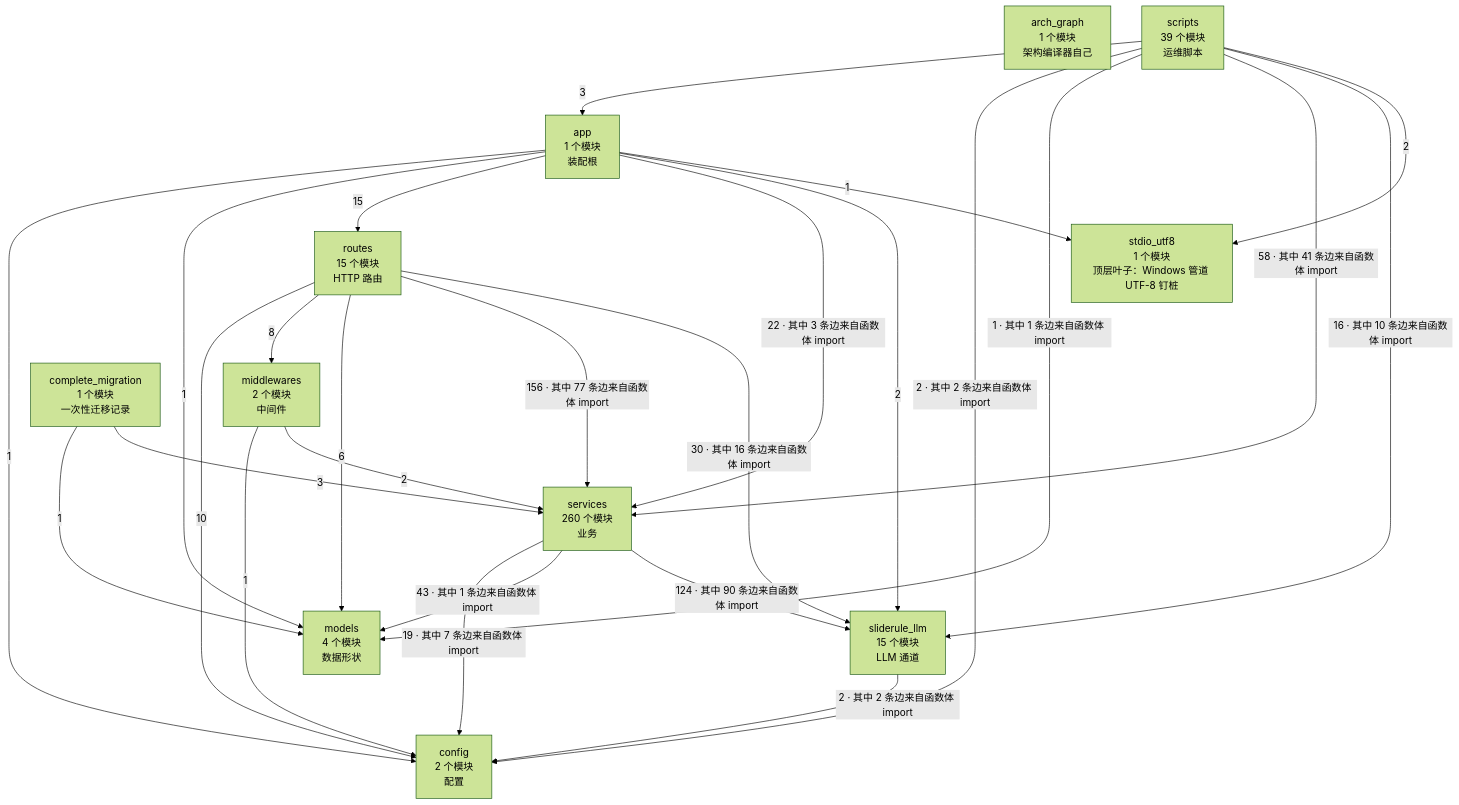
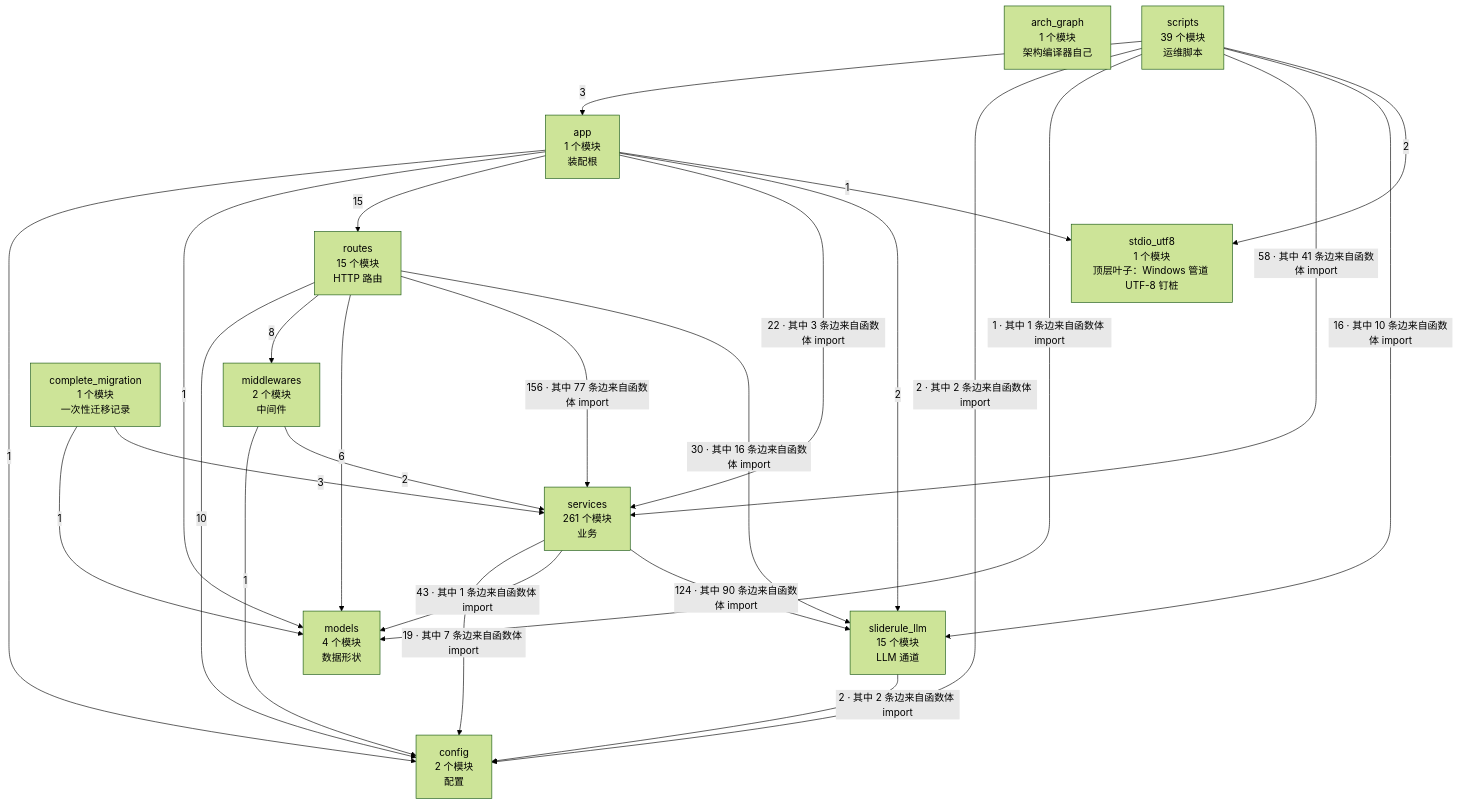
The second of 4 diagrams in docs/SlideRule V6.2 架构图（自动生成）.md (2686521696/WhyBuddy), drawn with Mermaid (forest theme) before and after one commit. The commit also changed other lines of this file and 14 other files, not shown here.

````diff
--- a/docs/SlideRule V6.2 架构图（自动生成）.md
+++ b/docs/SlideRule V6.2 架构图（自动生成）.md
@@ -62,39 +62,39 @@
 ```mermaid
 flowchart TB
   arch_graph["arch_graph<br/>1 个模块<br/>架构编译器自己"]
   config["config<br/>2 个模块<br/>配置"]
   models["models<br/>4 个模块<br/>数据形状"]
   stdio_utf8["stdio_utf8<br/>1 个模块<br/>顶层叶子：Windows 管道 UTF-8 钉桩"]
   sliderule_llm["sliderule_llm<br/>15 个模块<br/>LLM 通道"]
   middlewares["middlewares<br/>2 个模块<br/>中间件"]
-  services["services<br/>260 个模块<br/>业务"]
+  services["services<br/>261 个模块<br/>业务"]
   routes["routes<br/>15 个模块<br/>HTTP 路由"]
   app["app<br/>1 个模块<br/>装配根"]
   complete_migration["complete_migration<br/>1 个模块<br/>一次性迁移记录"]
   scripts["scripts<br/>39 个模块<br/>运维脚本"]
   app -->|1| config
   app -->|1| models
   app -->|15| routes
   app -->|22 · 其中 3 条边来自函数体 import| services
   app -->|2| sliderule_llm
   app -->|1| stdio_utf8
   complete_migration -->|1| models
   complete_migration -->|3| services
   middlewares -->|1| config
   middlewares -->|2| services
   routes -->|10| config
   routes -->|8| middlewares
   routes -->|6| models
   routes -->|156 · 其中 77 条边来自函数体 import| services
   routes -->|30 · 其中 16 条边来自函数体 import| sliderule_llm
   scripts -->|3| app
   scripts -->|2 · 其中 2 条边来自函数体 import| config
   scripts -->|1 · 其中 1 条边来自函数体 import| models
   scripts -->|58 · 其中 41 条边来自函数体 import| services
   scripts -->|16 · 其中 10 条边来自函数体 import| sliderule_llm
   scripts -->|2| stdio_utf8
   services -->|19 · 其中 7 条边来自函数体 import| config
   services -->|43 · 其中 1 条边来自函数体 import| models
   services -->|124 · 其中 90 条边来自函数体 import| sliderule_llm
   sliderule_llm -->|2 · 其中 2 条边来自函数体 import| config
 ```
````
